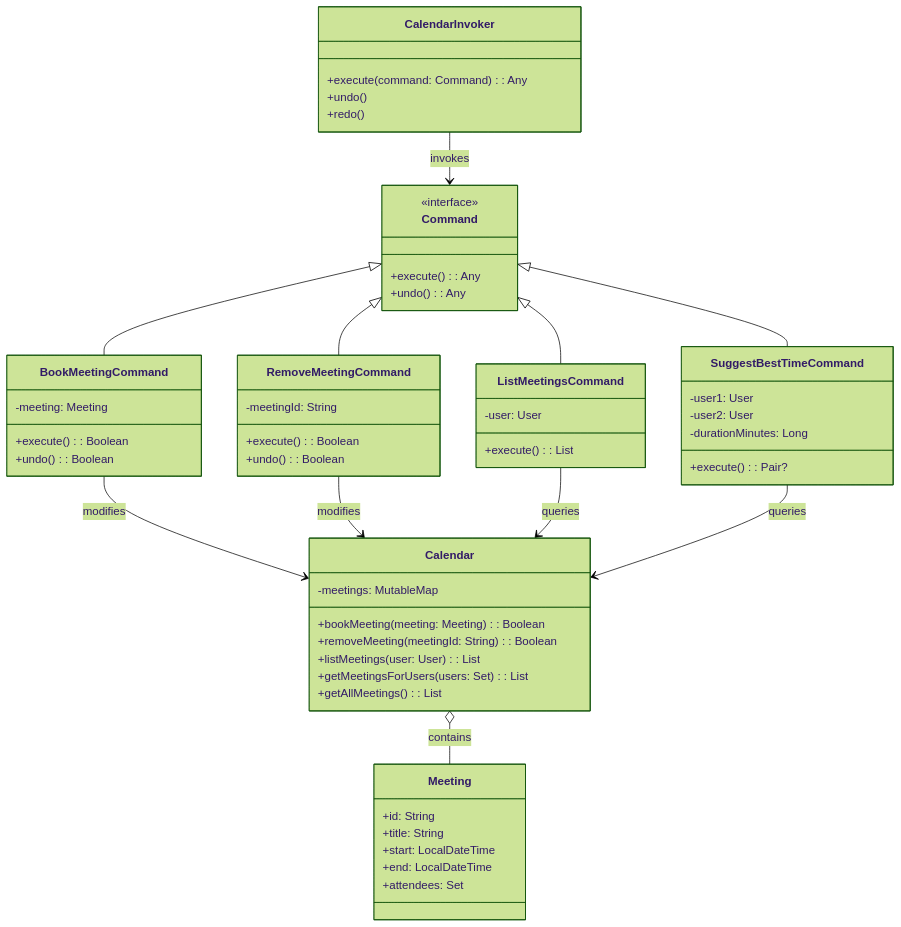
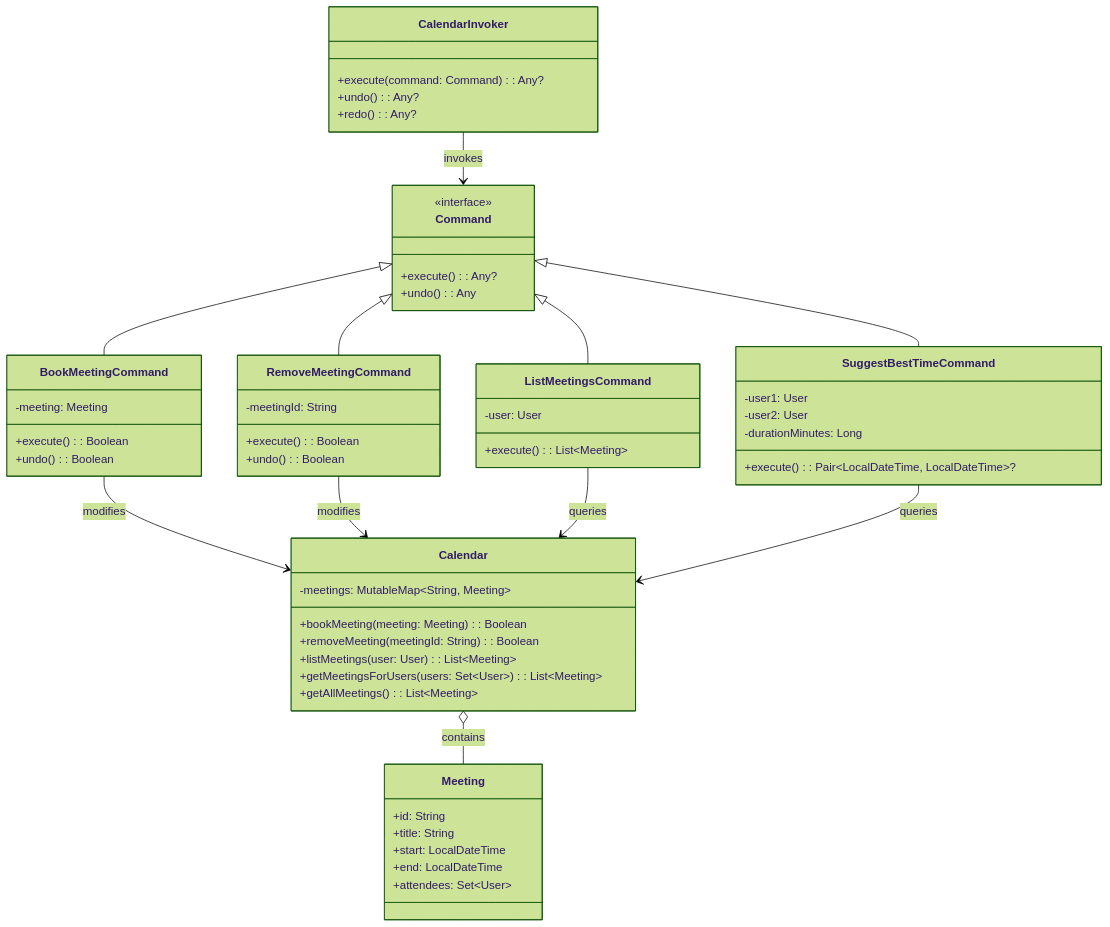
Before and after one commit to rbleggi/tech-pocs: the diagram in kotlin/calendar/README.md, drawn with Mermaid (forest theme). The commit also changed other lines of this file and 2 other files, not shown here.

Commit message:
update kotlin guitar-factory calendar and validation-framework readmes

````diff
--- a/kotlin/calendar/README.md
+++ b/kotlin/calendar/README.md
@@ -19,68 +20,68 @@
 ```mermaid
 classDiagram
     direction TB
 
     class Command {
         <<interface>>
-        +execute(): Any
+        +execute(): Any?
         +undo(): Any
     }
 
     class BookMeetingCommand {
         -meeting: Meeting
         +execute(): Boolean
         +undo(): Boolean
     }
 
     class RemoveMeetingCommand {
         -meetingId: String
         +execute(): Boolean
         +undo(): Boolean
     }
 
     class ListMeetingsCommand {
         -user: User
-        +execute(): List<Meeting>
+        +execute(): List~Meeting~
     }
 
     class SuggestBestTimeCommand {
         -user1: User
         -user2: User
         -durationMinutes: Long
-        +execute(): Pair<LocalDateTime, LocalDateTime>?
+        +execute(): Pair~LocalDateTime, LocalDateTime~?
     }
 
     class Meeting {
         +id: String
         +title: String
         +start: LocalDateTime
         +end: LocalDateTime
-        +attendees: Set<User>
+        +attendees: Set~User~
     }
 
     class Calendar {
-        -meetings: MutableMap<String, Meeting>
+        -meetings: MutableMap~String, Meeting~
         +bookMeeting(meeting: Meeting): Boolean
         +removeMeeting(meetingId: String): Boolean
-        +listMeetings(user: User): List<Meeting>
-        +getMeetingsForUsers(users: Set<User>): List<Meeting>
-        +getAllMeetings(): List<Meeting>
+        +listMeetings(user: User): List~Meeting~
+        +getMeetingsForUsers(users: Set~User~): List~Meeting~
+        +getAllMeetings(): List~Meeting~
     }
 
     class CalendarInvoker {
-        +execute(command: Command): Any
-        +undo()
-        +redo()
+        +execute(command: Command): Any?
+        +undo(): Any?
+        +redo(): Any?
     }
 
     Command <|-- BookMeetingCommand
     Command <|-- RemoveMeetingCommand
     Command <|-- ListMeetingsCommand
     Command <|-- SuggestBestTimeCommand
     BookMeetingCommand --> Calendar: modifies
     RemoveMeetingCommand --> Calendar: modifies
     ListMeetingsCommand --> Calendar: queries
     SuggestBestTimeCommand --> Calendar: queries
     CalendarInvoker --> Command: invokes
     Calendar o-- Meeting: contains
 ```
````
